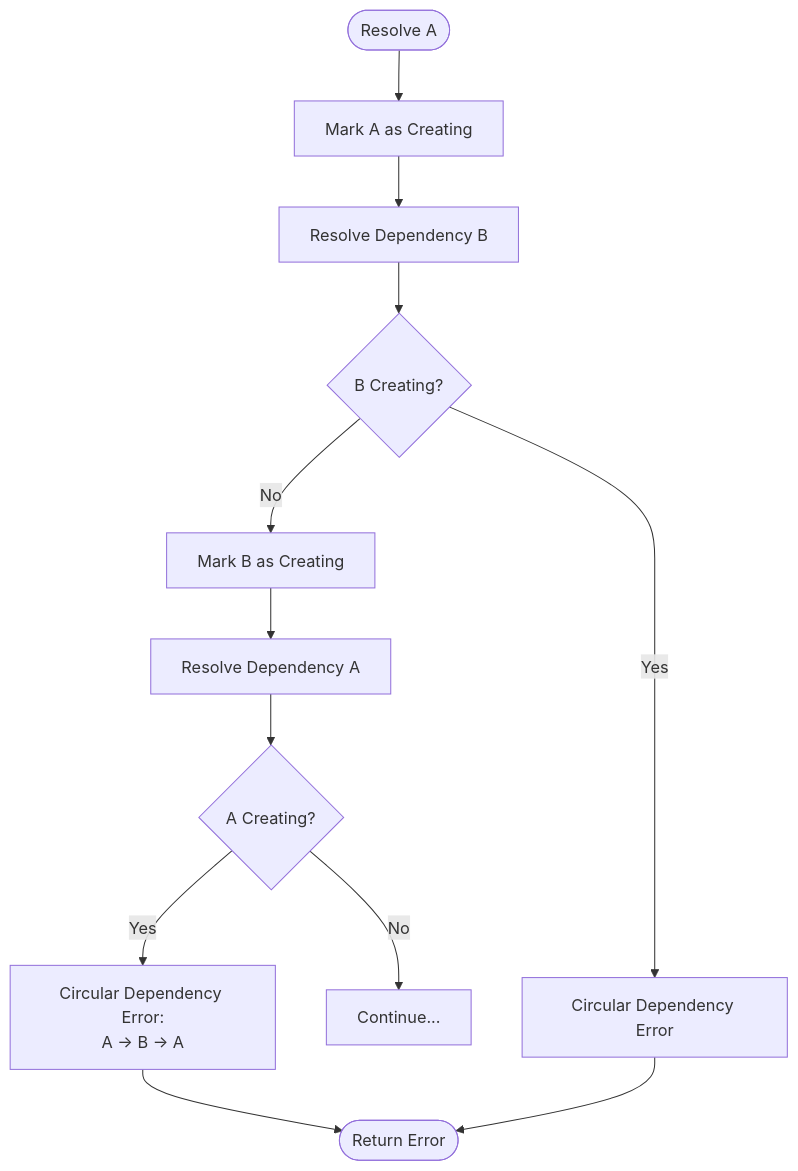
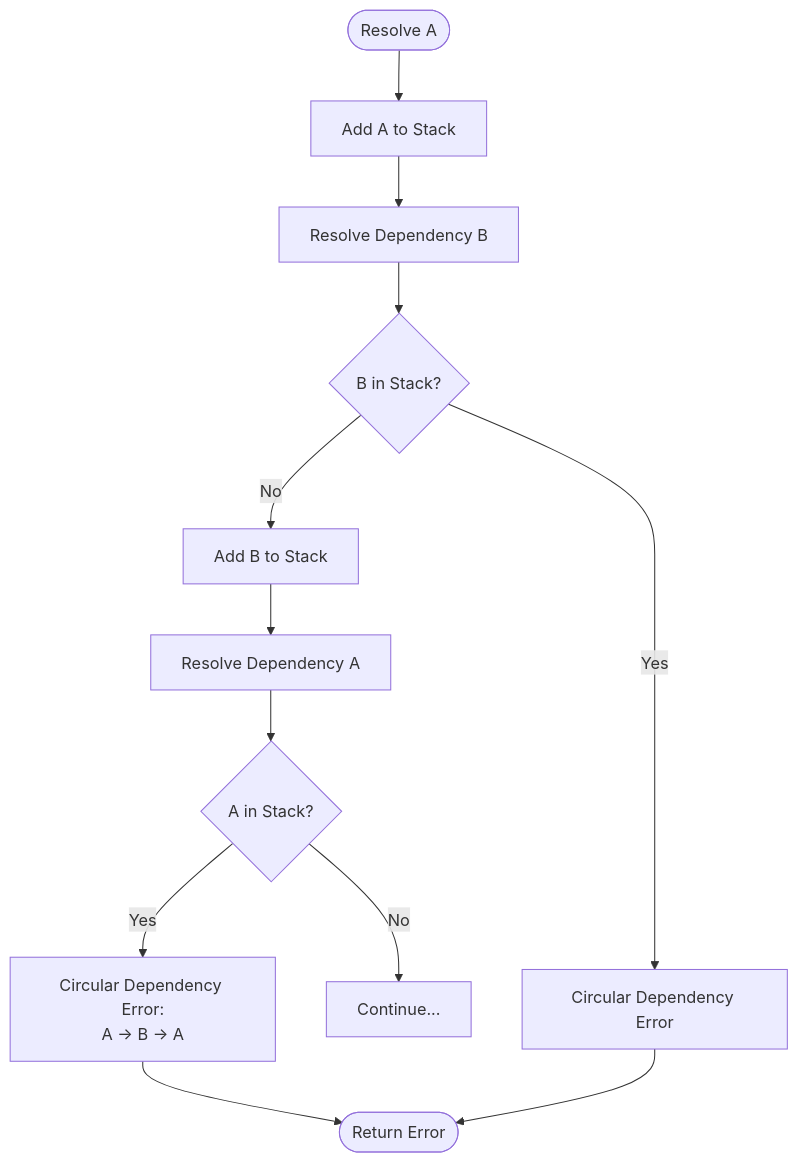
One commit to binodta/depWeaver changed the tenth of 10 diagrams in ARCHITECTURE.md. Above: the diagram before and after it, drawn with Mermaid. The commit also changed other lines of this file and 5 other files, not shown here.

````diff
--- a/ARCHITECTURE.md
+++ b/ARCHITECTURE.md
@@ -291,15 +289,15 @@
 ```mermaid
 flowchart TD
-    Start([Resolve A]) --> MarkA[Mark A as Creating]
-    MarkA --> ResolveB[Resolve Dependency B]
-    ResolveB --> CheckB{B Creating?}
-    CheckB -->|No| MarkB[Mark B as Creating]
-    MarkB --> ResolveA[Resolve Dependency A]
-    ResolveA --> CheckA{A Creating?}
+    Start([Resolve A]) --> PushA[Add A to Stack]
+    PushA --> ResolveB[Resolve Dependency B]
+    ResolveB --> CheckB{B in Stack?}
+    CheckB -->|No| PushB[Add B to Stack]
+    PushB --> ResolveA[Resolve Dependency A]
+    ResolveA --> CheckA{A in Stack?}
     CheckA -->|Yes| Error[Circular Dependency Error:<br/>A → B → A]
     CheckA -->|No| Continue[Continue...]
     CheckB -->|Yes| Error2[Circular Dependency Error]
     
     Error --> End([Return Error])
     Error2 --> End
 ```
````
